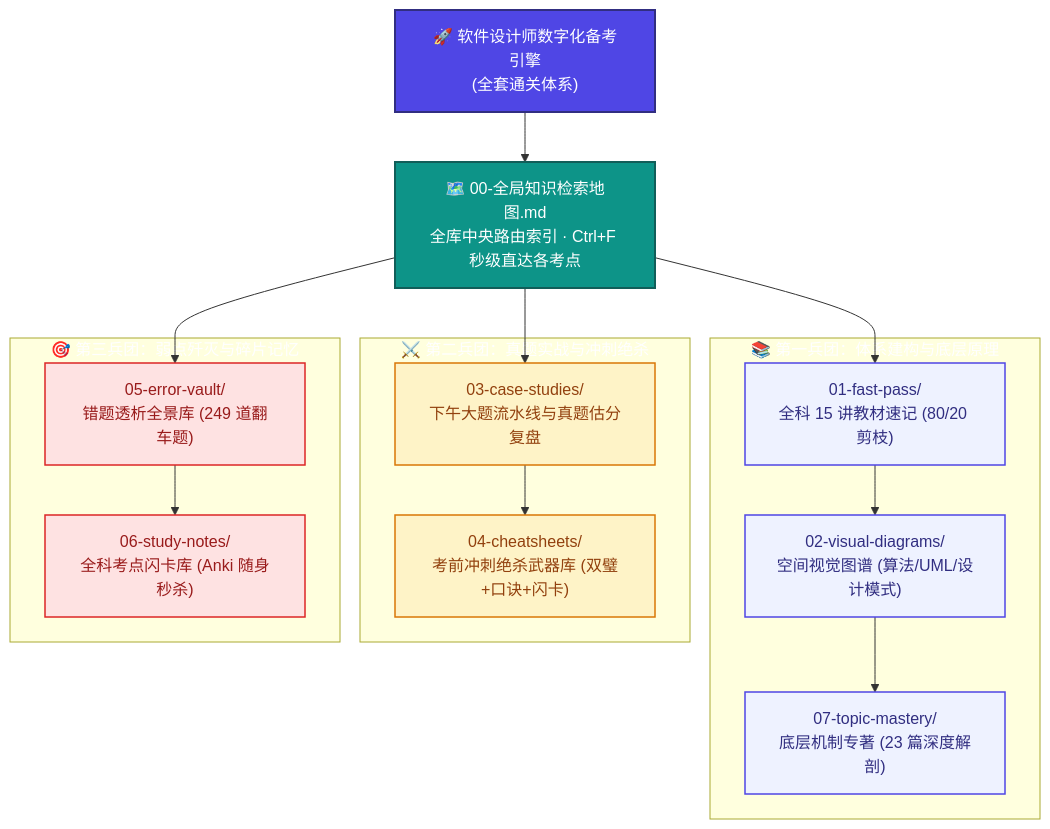
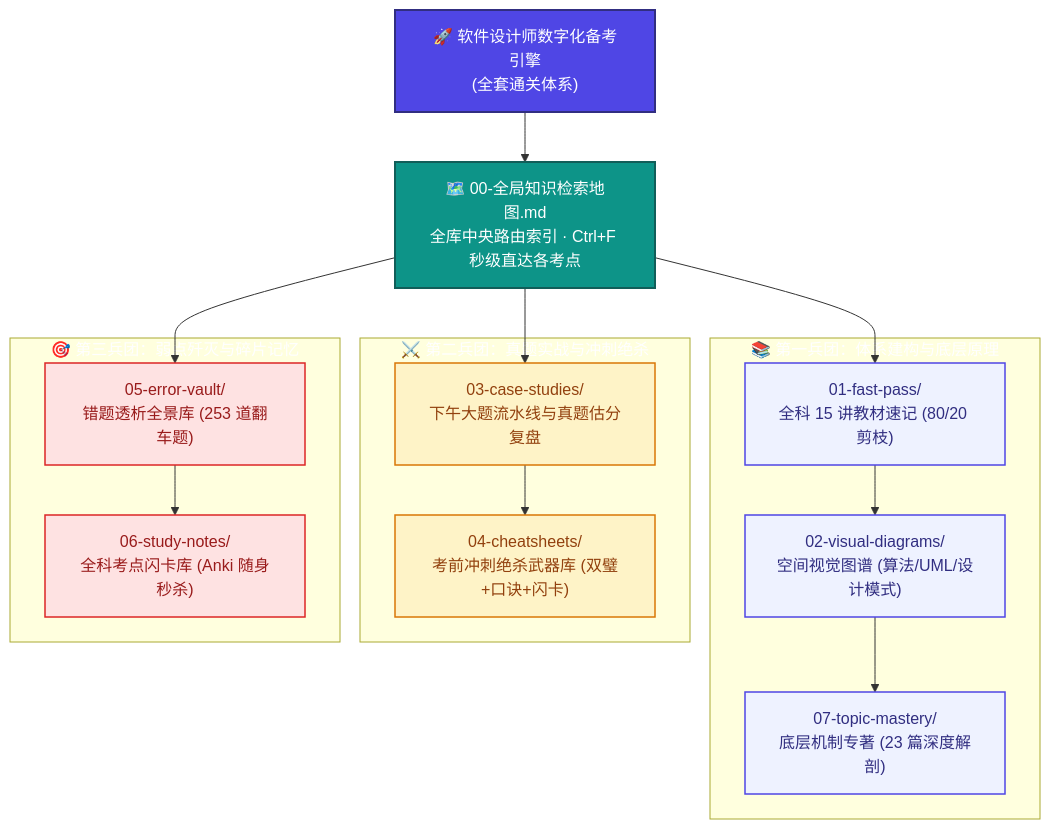
The diagram in README.md (cpsa3/software-designer-fast-pass), drawn with Mermaid before and after one commit. The commit also changed other lines of this file and 2 other files, not shown here.

Commit message:
docs(error-vault): 归档2024年5月真题错题250~253并升格错题192为二进宫(拖库二进宫/补码规格化判别/Linux751权限/甘特图缺陷/异地备份保证可靠性)

````diff
--- a/README.md
+++ b/README.md
@@ -70,36 +70,36 @@
 ```mermaid
 flowchart TD
     classDef root fill:#4F46E5,stroke:#312E81,stroke-width:2px,color:#fff
     classDef hub fill:#0D9488,stroke:#115E59,stroke-width:2px,color:#fff
     classDef base fill:#EEF2FF,stroke:#4F46E5,stroke-width:1.5px,color:#312E81
     classDef exam fill:#FEF3C7,stroke:#D97706,stroke-width:1.5px,color:#92400E
     classDef vault fill:#FEE2E2,stroke:#DC2626,stroke-width:1.5px,color:#991B1B
 
     Root["🚀 软件设计师数字化备考引擎<br>(全套通关体系)"]:::root
     Map["🗺️ 00-全局知识检索地图.md<br>全库中央路由索引 · Ctrl+F 秒级直达各考点"]:::hub
 
     Root --> Map
 
     subgraph G1["📚 第一兵团：体系建构与底层原理"]
         M1["01-fast-pass/<br>全科 15 讲教材速记 (80/20 剪枝)"]:::base
         M2["02-visual-diagrams/<br>空间视觉图谱 (算法/UML/设计模式)"]:::base
         M7["07-topic-mastery/<br>底层机制专著 (23 篇深度解剖)"]:::base
         M1 --> M2 --> M7
     end
 
     subgraph G2["⚔️ 第二兵团：真题实战与冲刺绝杀"]
         M3["03-case-studies/<br>下午大题流水线与真题估分复盘"]:::exam
         M4["04-cheatsheets/<br>考前冲刺绝杀武器库 (双璧+口诀+闪卡)"]:::exam
         M3 --> M4
     end
 
     subgraph G3["🎯 第三兵团：弱点歼灭与碎片记忆"]
-        M5["05-error-vault/<br>错题透析全景库 (249 道翻车题)"]:::vault
+        M5["05-error-vault/<br>错题透析全景库 (253 道翻车题)"]:::vault
         M6["06-study-notes/<br>全科考点闪卡库 (Anki 随身秒杀)"]:::vault
         M5 --> M6
     end
 
     Map --> M1
     Map --> M3
     Map --> M5
 ```
````
